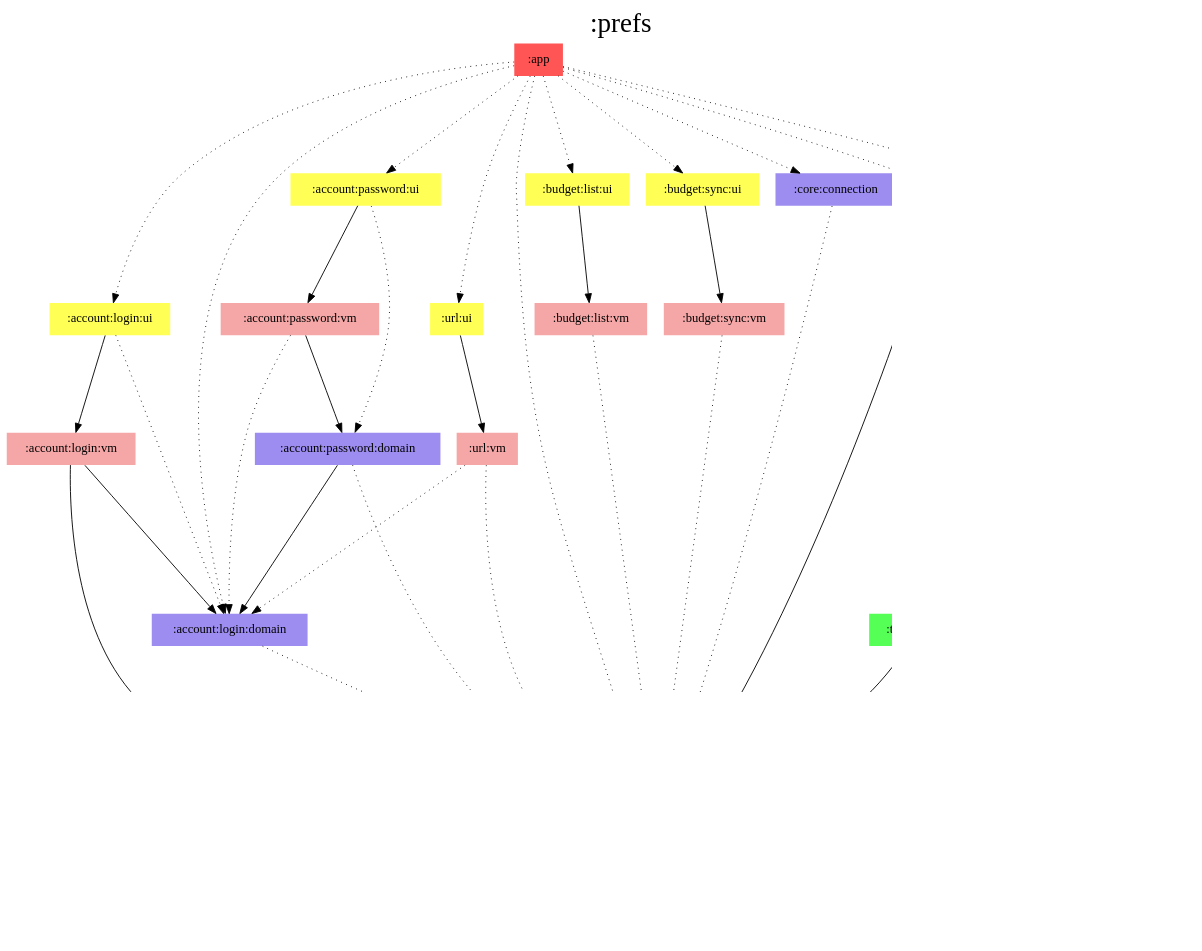
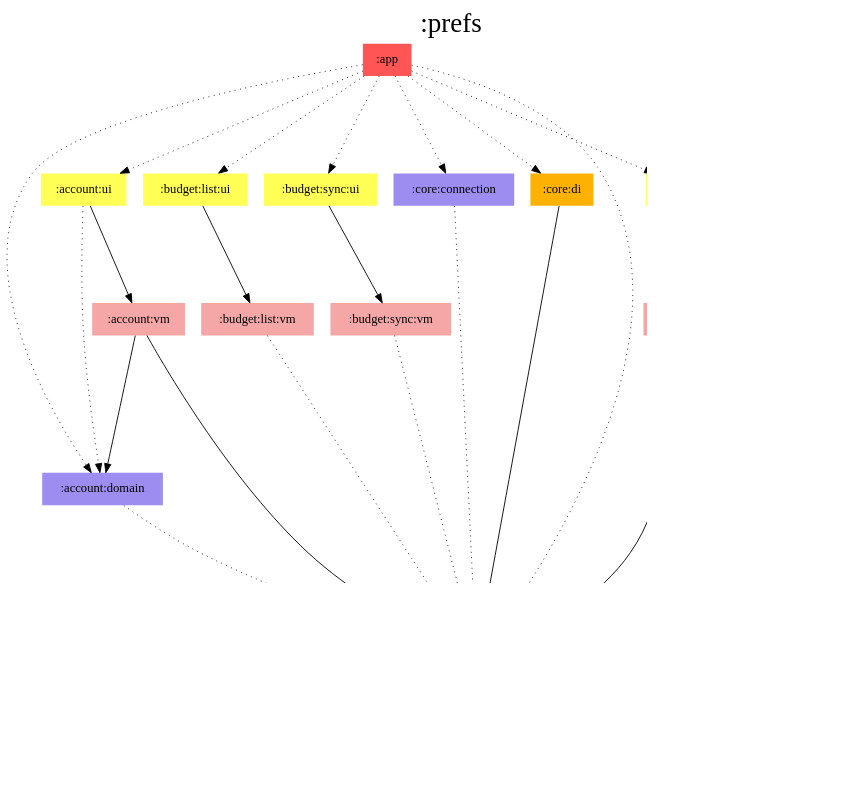
Before and after one commit to jonapoul/aktual: the diagram in modules/prefs/modules.dot, drawn with Graphviz. The commit also changed 163 other files, not shown here.

First line of the commit message:
Merge login, password and URL modules (#289)

```diff
--- a/modules/prefs/modules.dot
+++ b/modules/prefs/modules.dot
@@ -1,80 +1,61 @@
 digraph {
 edge ["dir"="forward"]
 graph ["dpi"="100","label"=":prefs","labelloc"="t","fontsize"="30","ranksep"="1.5","rankdir"="TB"]
 node ["style"="filled"]
-":account:login:domain" ["fillcolor"="#9D8DF1","shape"="none"]
-":account:login:ui" ["fillcolor"="#FFFF55","shape"="none"]
-":account:login:vm" ["fillcolor"="#F5A6A6","shape"="none"]
+":account:domain" ["fillcolor"="#9D8DF1","shape"="none"]
 ":account:model" ["fillcolor"="#9D8DF1","shape"="none"]
-":account:password:domain" ["fillcolor"="#9D8DF1","shape"="none"]
-":account:password:ui" ["fillcolor"="#FFFF55","shape"="none"]
-":account:password:vm" ["fillcolor"="#F5A6A6","shape"="none"]
+":account:ui" ["fillcolor"="#FFFF55","shape"="none"]
+":account:vm" ["fillcolor"="#F5A6A6","shape"="none"]
 ":app" ["fillcolor"="#FF5555","shape"="none"]
 ":budget:list:ui" ["fillcolor"="#FFFF55","shape"="none"]
 ":budget:list:vm" ["fillcolor"="#F5A6A6","shape"="none"]
 ":budget:sync:ui" ["fillcolor"="#FFFF55","shape"="none"]
 ":budget:sync:vm" ["fillcolor"="#F5A6A6","shape"="none"]
 ":core:connection" ["fillcolor"="#9D8DF1","shape"="none"]
 ":core:di" ["fillcolor"="#FCB103","shape"="none"]
 ":core:model" ["fillcolor"="#9D8DF1","shape"="none"]
 ":prefs" ["fillcolor"="#9D8DF1","color"="black","penwidth"="3","shape"="box"]
 ":settings:ui" ["fillcolor"="#FFFF55","shape"="none"]
 ":settings:vm" ["fillcolor"="#F5A6A6","shape"="none"]
-":test:android" ["fillcolor"="#55FF55","shape"="none"]
-":url:ui" ["fillcolor"="#FFFF55","shape"="none"]
-":url:vm" ["fillcolor"="#F5A6A6","shape"="none"]
 {
 edge ["dir"="none"]
 graph ["rank"="same"]
 ":prefs"
 }
-":account:login:domain" -> ":prefs" ["style"="dotted"]
-":account:login:ui" -> ":account:login:domain" ["style"="dotted"]
-":account:login:ui" -> ":account:login:vm"
-":account:login:vm" -> ":account:login:domain"
-":account:login:vm" -> ":prefs"
-":account:password:domain" -> ":account:login:domain"
-":account:password:domain" -> ":prefs" ["style"="dotted"]
-":account:password:ui" -> ":account:password:domain" ["style"="dotted"]
-":account:password:ui" -> ":account:password:vm"
-":account:password:vm" -> ":account:login:domain" ["style"="dotted"]
-":account:password:vm" -> ":account:password:domain"
-":app" -> ":account:login:domain" ["style"="dotted"]
-":app" -> ":account:login:ui" ["style"="dotted"]
-":app" -> ":account:password:ui" ["style"="dotted"]
+":account:domain" -> ":prefs" ["style"="dotted"]
+":account:ui" -> ":account:domain" ["style"="dotted"]
+":account:ui" -> ":account:vm"
+":account:vm" -> ":account:domain"
+":account:vm" -> ":prefs"
+":app" -> ":account:domain" ["style"="dotted"]
+":app" -> ":account:ui" ["style"="dotted"]
 ":app" -> ":budget:list:ui" ["style"="dotted"]
 ":app" -> ":budget:sync:ui" ["style"="dotted"]
 ":app" -> ":core:connection" ["style"="dotted"]
 ":app" -> ":core:di" ["style"="dotted"]
 ":app" -> ":prefs" ["style"="dotted"]
 ":app" -> ":settings:ui" ["style"="dotted"]
-":app" -> ":url:ui" ["style"="dotted"]
 ":budget:list:ui" -> ":budget:list:vm"
 ":budget:list:vm" -> ":prefs" ["style"="dotted"]
 ":budget:sync:ui" -> ":budget:sync:vm"
 ":budget:sync:vm" -> ":prefs" ["style"="dotted"]
 ":core:connection" -> ":prefs" ["style"="dotted"]
 ":core:di" -> ":prefs"
 ":prefs" -> ":account:model"
 ":prefs" -> ":core:model"
 ":settings:ui" -> ":settings:vm"
 ":settings:vm" -> ":prefs"
-":test:android" -> ":prefs"
-":url:ui" -> ":url:vm"
-":url:vm" -> ":account:login:domain" ["style"="dotted"]
-":url:vm" -> ":prefs" ["style"="dotted"]
 subgraph "cluster_legend" {
 edge ["dir"="none"]
 graph ["label"="Legend","fontsize"="20"]
 "Legend" ["style"="filled","fillcolor"="#FFFFFF","shape"="none","margin"="0","fontsize"="15","label"=<
 <TABLE BORDER="0" CELLBORDER="0" CELLSPACING="0" CELLPADDING="4">
 <TR><TD>App</TD><TD BGCOLOR="#FF5555">module-name</TD></TR>
 <TR><TD>ViewModel</TD><TD BGCOLOR="#F5A6A6">module-name</TD></TR>
 <TR><TD>Hilt</TD><TD BGCOLOR="#FCB103">module-name</TD></TR>
 <TR><TD>Compose</TD><TD BGCOLOR="#FFFF55">module-name</TD></TR>
-<TR><TD>Android</TD><TD BGCOLOR="#55FF55">module-name</TD></TR>
 <TR><TD>Multiplatform</TD><TD BGCOLOR="#9D8DF1">module-name</TD></TR>
 </TABLE>
 >]
 } -> ":prefs" ["style"="invis"]
 }
```
